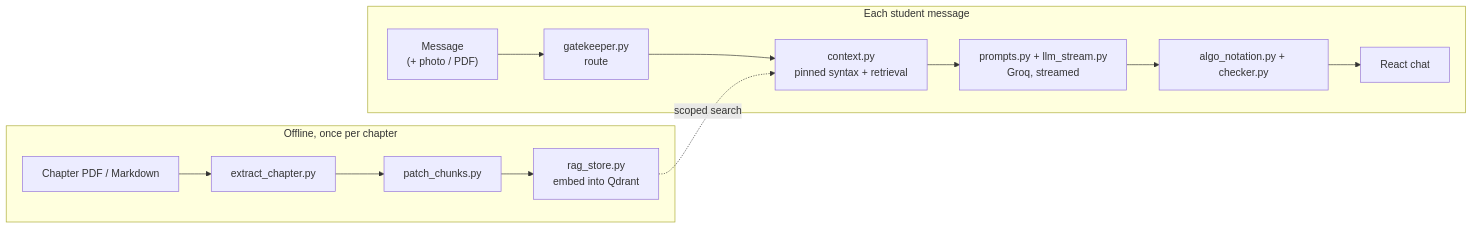
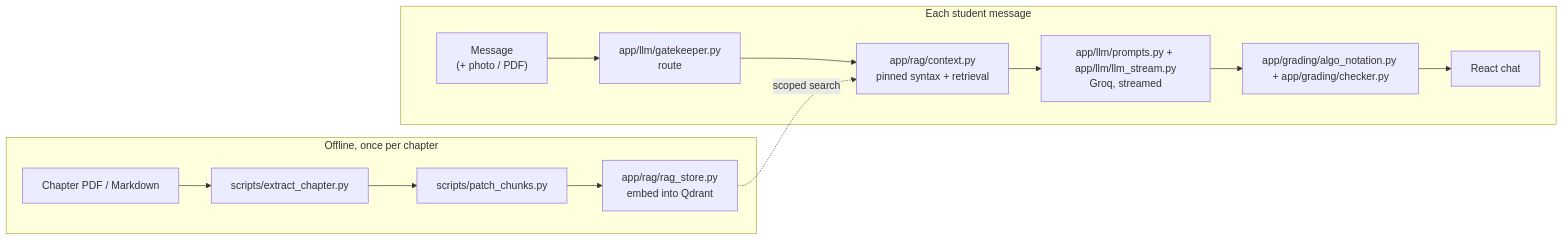
The first of 6 diagrams in README.md (Mortadha994/fahem), drawn with Mermaid before and after one commit. The commit also changed other lines of this file and 148 other files, not shown here.

````diff
--- a/README.md
+++ b/README.md
@@ -111,14 +111,14 @@
 ```mermaid
 flowchart LR
     subgraph offline["Offline, once per chapter"]
-        PDF["Chapter PDF / Markdown"] --> EX["extract_chapter.py"] --> PA["patch_chunks.py"] --> EMB["rag_store.py<br/>embed into Qdrant"]
+        PDF["Chapter PDF / Markdown"] --> EX["scripts/extract_chapter.py"] --> PA["scripts/patch_chunks.py"] --> EMB["app/rag/rag_store.py<br/>embed into Qdrant"]
     end
     subgraph online["Each student message"]
-        MSG["Message<br/>(+ photo / PDF)"] --> GK["gatekeeper.py<br/>route"]
-        GK --> CTX["context.py<br/>pinned syntax + retrieval"]
-        CTX --> GEN["prompts.py + llm_stream.py<br/>Groq, streamed"]
-        GEN --> CHK["algo_notation.py + checker.py"]
+        MSG["Message<br/>(+ photo / PDF)"] --> GK["app/llm/gatekeeper.py<br/>route"]
+        GK --> CTX["app/rag/context.py<br/>pinned syntax + retrieval"]
+        CTX --> GEN["app/llm/prompts.py + app/llm/llm_stream.py<br/>Groq, streamed"]
+        GEN --> CHK["app/grading/algo_notation.py + app/grading/checker.py"]
         CHK --> UI["React chat"]
     end
     EMB -. scoped search .-> CTX
 ```
````
